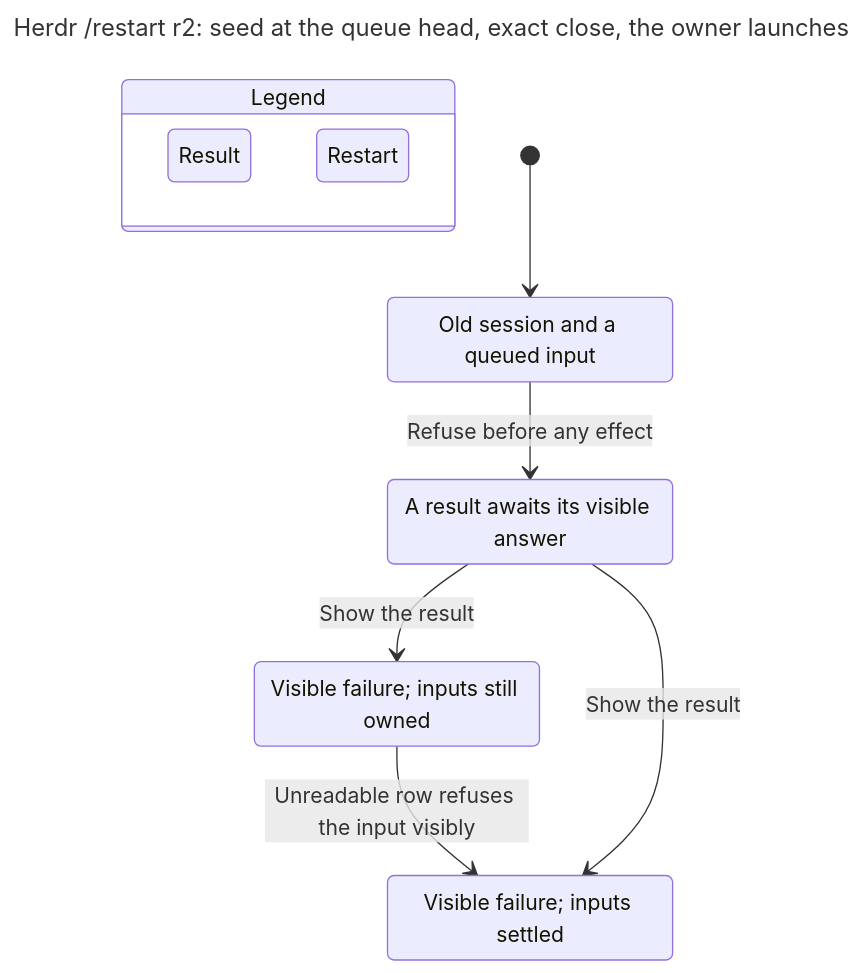
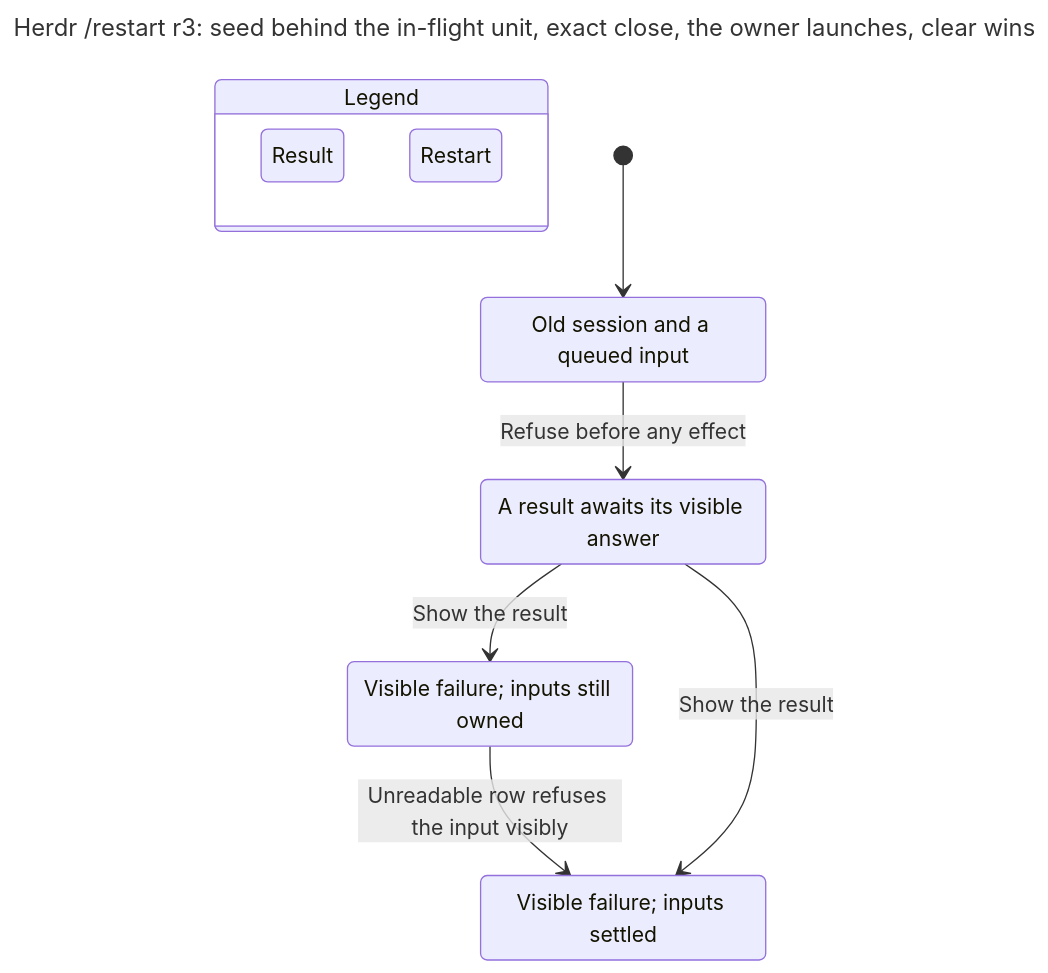
One commit to itismyfield/AgentDesk changed the diagram in docs/statecharts/session-lifecycle/herdr-restart-owner-StartUnknown.chart.mmd. Above: the diagram before and after it, drawn with Mermaid. The commit also changed 199 other files, not shown here.

First line of the commit message:
docs(herdr): restart design r3 — restart through a dispatch, clear wins, seedless restart

```diff
--- a/docs/statecharts/session-lifecycle/herdr-restart-owner-StartUnknown.chart.mmd
+++ b/docs/statecharts/session-lifecycle/herdr-restart-owner-StartUnknown.chart.mmd
@@ -1,23 +1,23 @@
 ---
-title: "Herdr /restart r2: seed at the queue head, exact close, the owner launches"
+title: "Herdr /restart r3: seed behind the in-flight unit, exact close, the owner launches, clear wins"
 ---
 stateDiagram-v2
   state "Legend" as legend {
     lg0: Result
     lg1: Restart
   }
   class lg0 teal
   class lg1 blue
   s0: Old session and a queued input
   s1: A result awaits its visible answer
   s2: Visible failure#59; inputs still owned
   s3: Visible failure#59; inputs settled
   [*] --> s0
   s0 --> s1: Refuse before any effect
   s1 --> s2: Show the result
   s2 --> s3: Unreadable row refuses the input visibly
   s1 --> s3: Show the result
   class s0 blue
   class s1 blue
   class s2 teal
   class s3 teal
```
